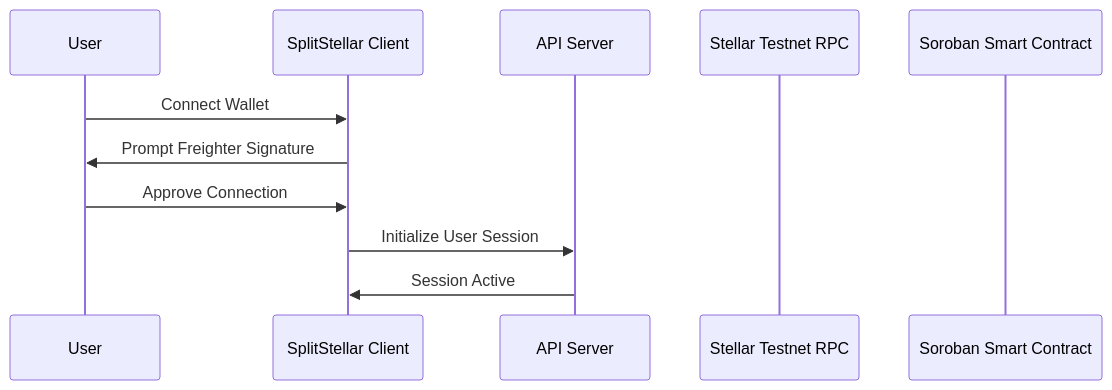
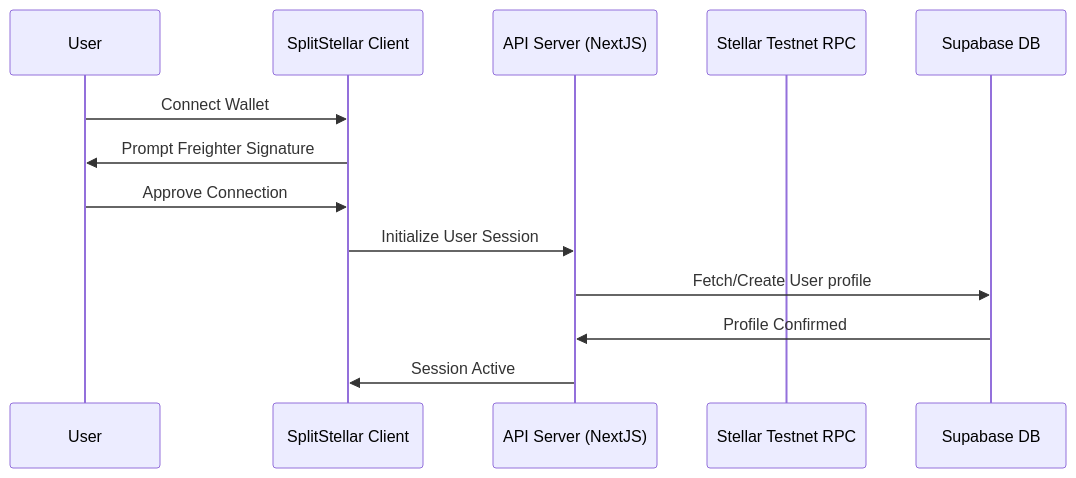
Before and after one commit to sylvia-barick/splitstellar: the second of 8 diagrams in README.md, drawn with Mermaid. The commit also changed other lines of this file and 3 other files, not shown here.

Commit message:
Update README with mockups, flows, user interactions, and submission links

````diff
--- a/README.md
+++ b/README.md
@@ -115,14 +123,16 @@
 ```mermaid
 sequenceDiagram
     participant User as User
     participant App as SplitStellar Client
-    participant API as API Server
+    participant API as API Server (NextJS)
     participant RPC as Stellar Testnet RPC
-    participant SC as Soroban Smart Contract
+    participant DB as Supabase DB
 
     User->>App: Connect Wallet
     App->>User: Prompt Freighter Signature
     User->>App: Approve Connection
     App->>API: Initialize User Session
+    API->>DB: Fetch/Create User profile
+    DB->>API: Profile Confirmed
     API->>App: Session Active
 ```
````
